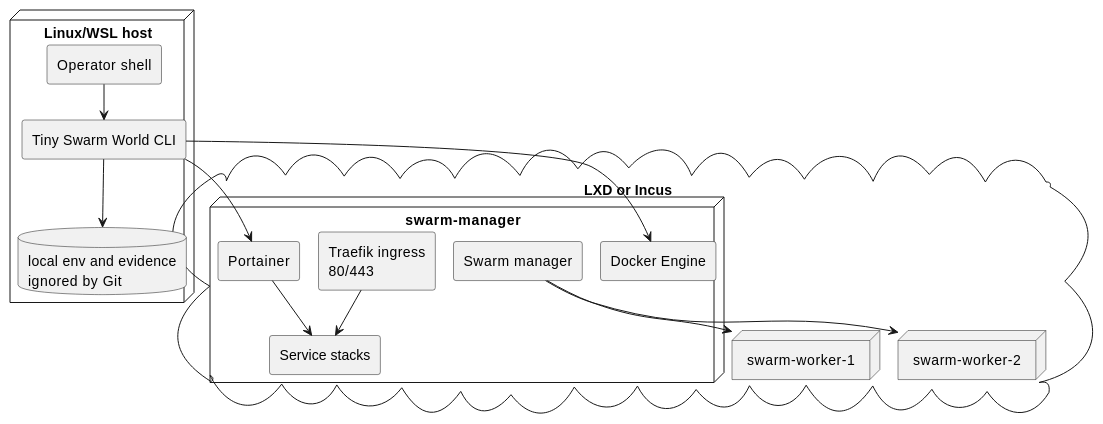
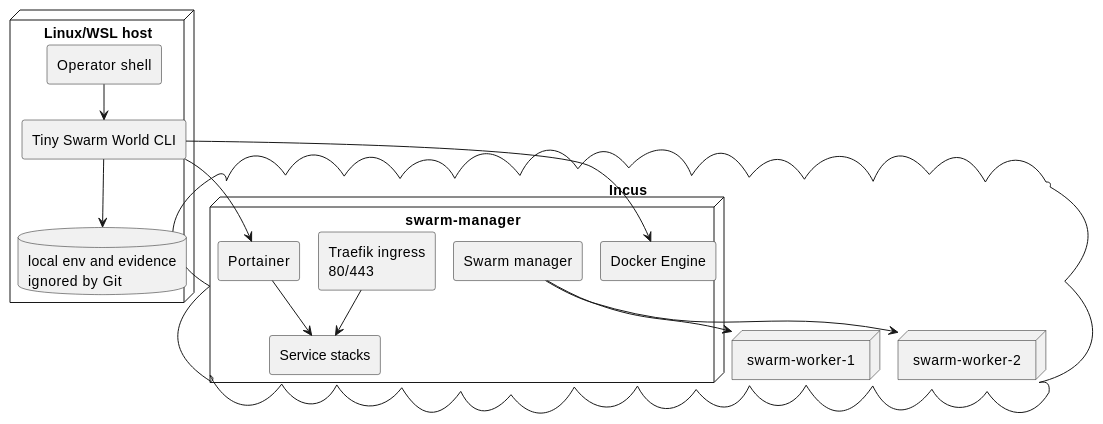
One commit to MatthiasBurger-Coder/Tiny-Swarm-World changed the fourth of 4 diagrams in documentation/arc42.adoc. Above: the diagram before and after it, drawn with PlantUML. The commit also changed other lines of this file and 132 other files, not shown here.

```diff
--- a/documentation/arc42.adoc
+++ b/documentation/arc42.adoc
@@ -127,35 +127,35 @@
 [plantuml,tiny-swarm-world-deployment,svg]
 ----
 @startuml
 !pragma layout smetana
 skinparam componentStyle rectangle
 skinparam shadowing false
 
 node "Linux/WSL host" {
   component "Operator shell" as Shell
   component "Tiny Swarm World CLI" as CLI
   database "local env and evidence\nignored by Git" as Evidence
 }
 
-cloud "LXD or Incus" {
+cloud "Incus" {
   node "swarm-manager" {
     component "Docker Engine" as MgrDocker
     component "Swarm manager" as Manager
     component "Traefik ingress\n80/443" as Traefik
     component "Portainer" as Portainer
     component "Service stacks" as ServiceStacks
   }
   node "swarm-worker-1" as Worker1
   node "swarm-worker-2" as Worker2
 }
 
 Shell --> CLI
 CLI --> Evidence
 CLI --> MgrDocker
 Manager --> Worker1
 Manager --> Worker2
 Traefik --> ServiceStacks
 Portainer --> ServiceStacks
 CLI --> Portainer
 @enduml
 ----
```
